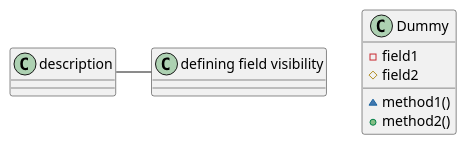
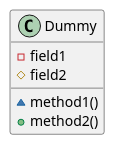
One commit to sogeuni/_wiki changed the seventh of 38 diagrams in PlantUML/클래스-다이어그램.md. Above: the diagram before and after it, drawn with PlantUML. The commit also changed other lines of this file, not shown here.

Commit message:
Updated 클래스 다이어그램 (markdown)

```diff
--- a/PlantUML/클래스-다이어그램.md
+++ b/PlantUML/클래스-다이어그램.md
@@ -173,10 +167,9 @@
 @startuml
-description - "defining field visibility"
 class Dummy {
   -field1
   #field2
   ~method1()
   +method2()
 }
 
 @enduml
```
